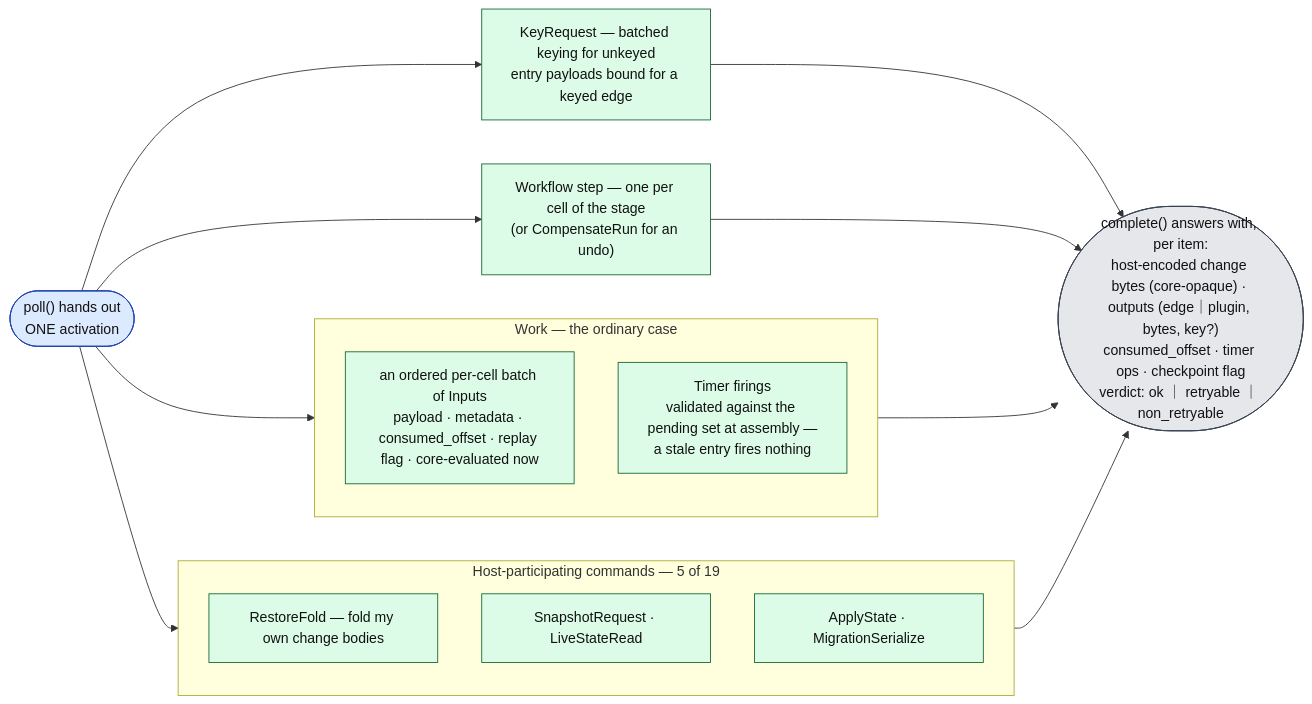
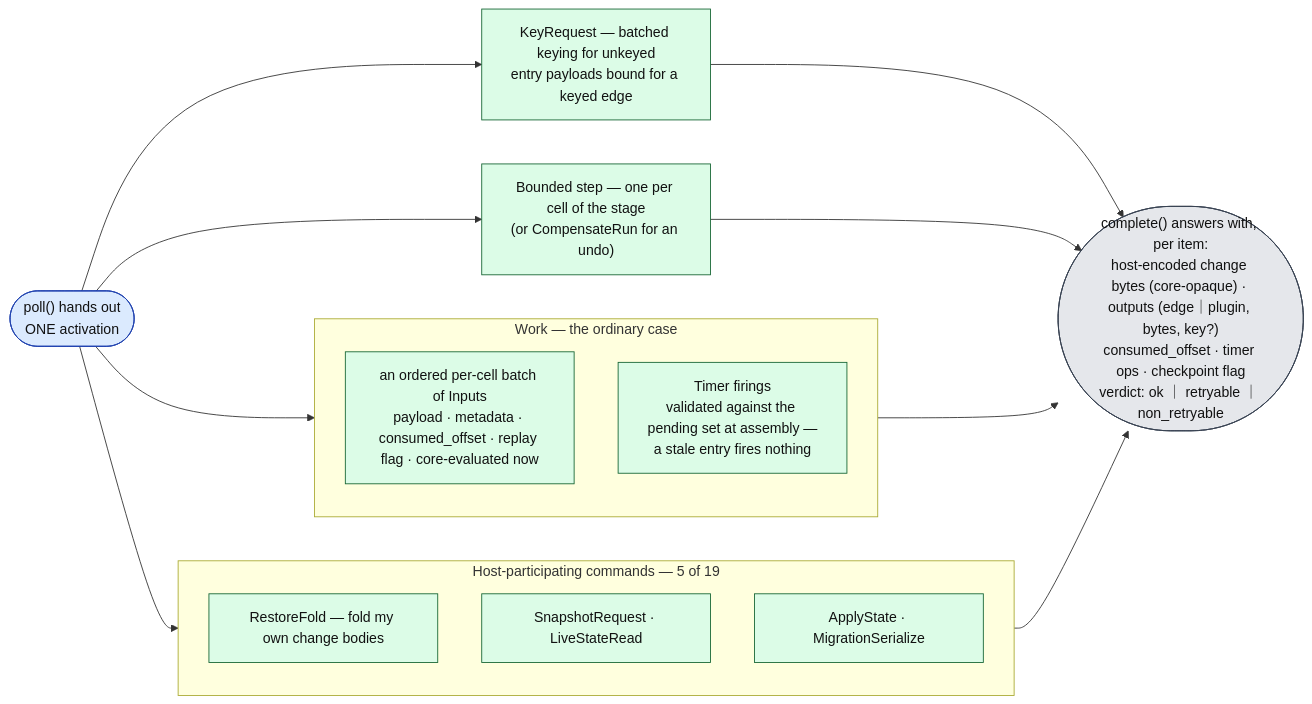
Before and after one commit to Flezha/flezha: the third of 8 diagrams in docs/architecture/runner.md, drawn with Mermaid. The commit also changed other lines of this file and 929 other files, not shown here.

````diff
--- a/docs/architecture/runner.md
+++ b/docs/architecture/runner.md
@@ -91,36 +91,36 @@
 ```mermaid
 flowchart LR
     POLL(["poll() hands out<br/>ONE activation"]):::ctrl
 
     subgraph WORK["Work — the ordinary case"]
         direction TB
         W1["an ordered per-cell batch of Inputs<br/>payload · metadata · consumed_offset · replay flag · core-evaluated now"]:::exec
         W2["Timer firings<br/>validated against the pending set at assembly —<br/>a stale entry fires nothing"]:::exec
     end
 
     subgraph CMD["Host-participating commands — 5 of 19"]
         direction TB
         M1["RestoreFold — fold my own change bodies"]:::exec
         M2["SnapshotRequest · LiveStateRead"]:::exec
         M3["ApplyState · MigrationSerialize"]:::exec
     end
 
     KR["KeyRequest — batched keying for unkeyed<br/>entry payloads bound for a keyed edge"]:::exec
-    BS["Workflow step — one per cell of the stage<br/>(or CompensateRun for an undo)"]:::exec
+    BS["Bounded step — one per cell of the stage<br/>(or CompensateRun for an undo)"]:::exec
 
     POLL --> WORK
     POLL --> CMD
     POLL --> KR
     POLL --> BS
 
     RES(["complete() answers with, per item:<br/>host-encoded change bytes (core-opaque) · outputs (edge｜plugin, bytes, key?)<br/>consumed_offset · timer ops · checkpoint flag<br/>verdict: ok ｜ retryable ｜ non_retryable"]):::store
 
     WORK --> RES
     CMD --> RES
     KR --> RES
     BS --> RES
 
     classDef ctrl fill:#dbeafe,stroke:#1e40af,color:#111
     classDef exec fill:#dcfce7,stroke:#166534,color:#111
     classDef store fill:#e5e7eb,stroke:#374151,color:#111
 ```
````
